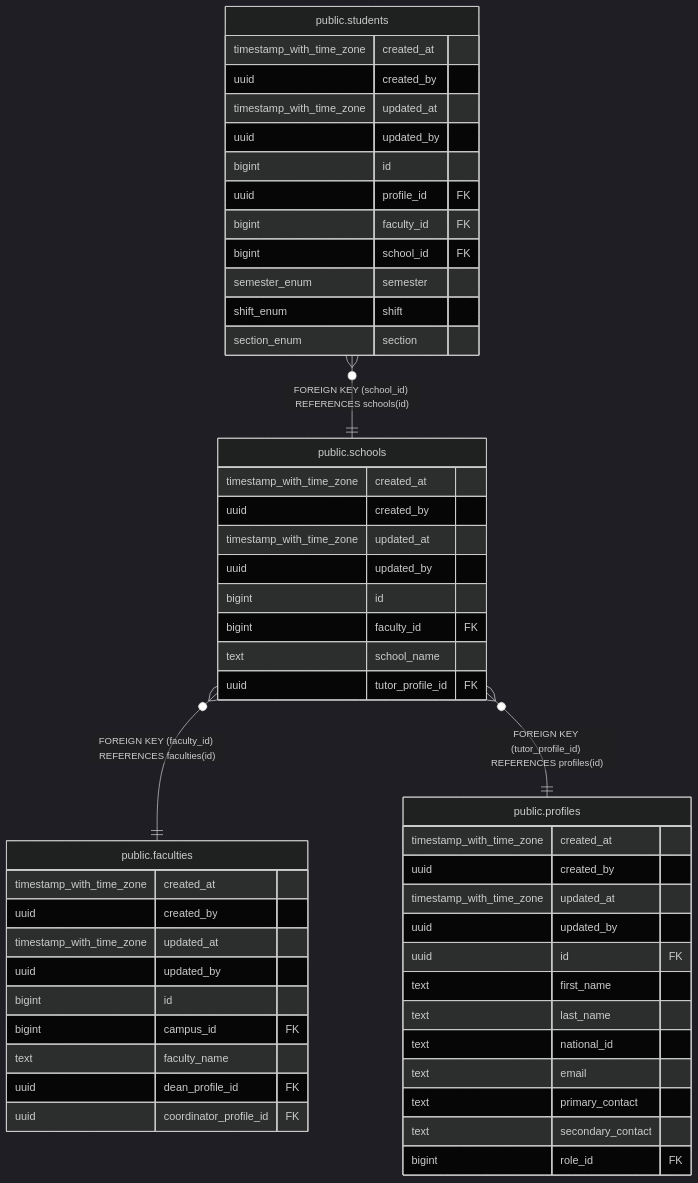
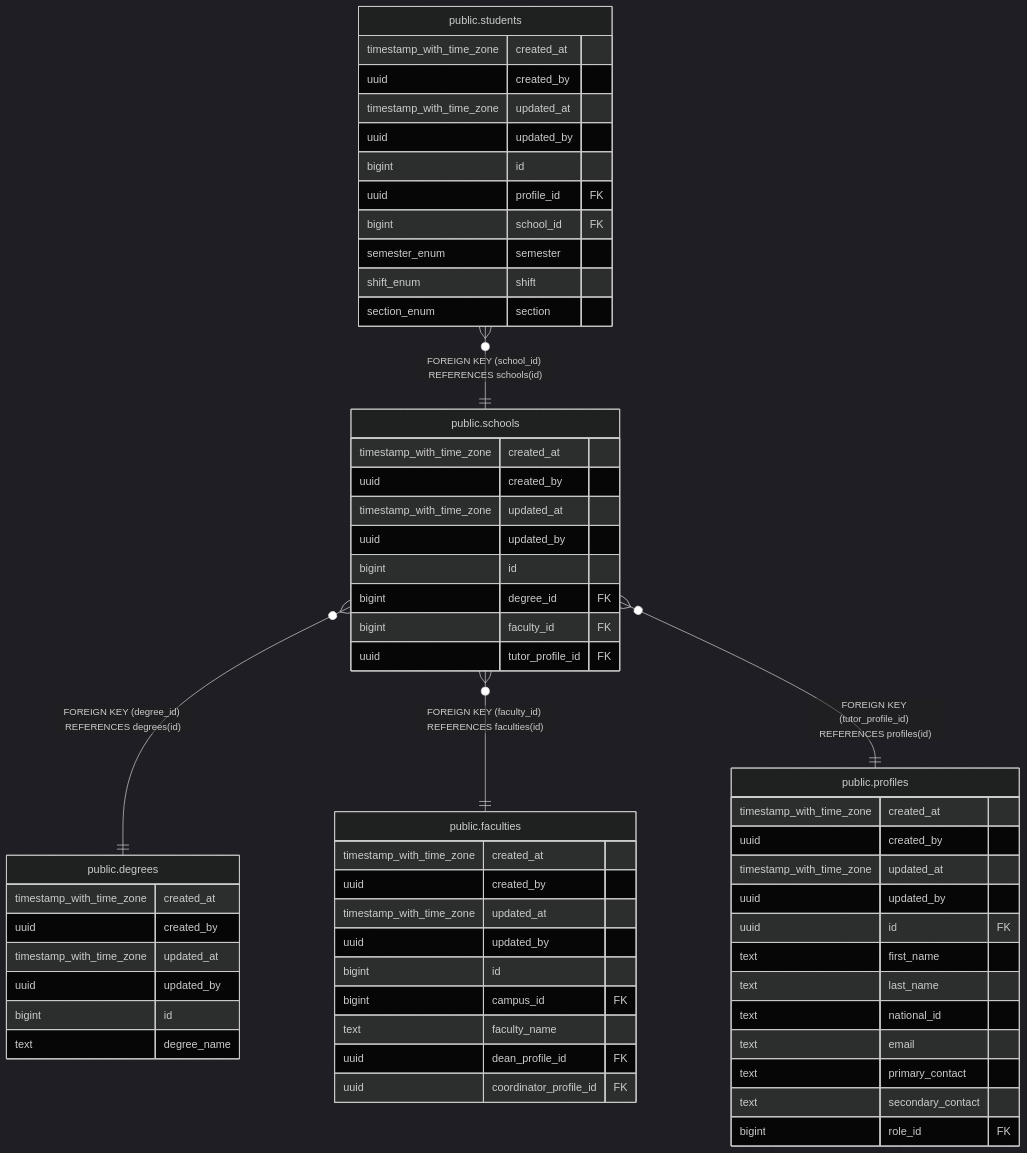
The diagram in docs/db/tbls/public.schools.md (icristianhernandez/academic-service-backend), drawn with Mermaid (dark theme) before and after one commit. The commit also changed other lines of this file and 16 other files, not shown here.

````diff
--- a/docs/db/tbls/public.schools.md
+++ b/docs/db/tbls/public.schools.md
@@ -43,56 +42,64 @@
 ```mermaid
 erDiagram
 
 "public.students" }o--|| "public.schools" : "FOREIGN KEY (school_id) REFERENCES schools(id)"
+"public.schools" }o--|| "public.degrees" : "FOREIGN KEY (degree_id) REFERENCES degrees(id)"
 "public.schools" }o--|| "public.faculties" : "FOREIGN KEY (faculty_id) REFERENCES faculties(id)"
 "public.schools" }o--|| "public.profiles" : "FOREIGN KEY (tutor_profile_id) REFERENCES profiles(id)"
 
 "public.schools" {
   timestamp_with_time_zone created_at ""
   uuid created_by ""
   timestamp_with_time_zone updated_at ""
   uuid updated_by ""
   bigint id ""
+  bigint degree_id FK ""
   bigint faculty_id FK ""
-  text school_name ""
   uuid tutor_profile_id FK ""
 }
 "public.students" {
   timestamp_with_time_zone created_at ""
   uuid created_by ""
   timestamp_with_time_zone updated_at ""
   uuid updated_by ""
   bigint id ""
   uuid profile_id FK ""
-  bigint faculty_id FK ""
   bigint school_id FK ""
   semester_enum semester ""
   shift_enum shift ""
   section_enum section ""
+}
+"public.degrees" {
+  timestamp_with_time_zone created_at ""
+  uuid created_by ""
+  timestamp_with_time_zone updated_at ""
+  uuid updated_by ""
+  bigint id ""
+  text degree_name ""
 }
 "public.faculties" {
   timestamp_with_time_zone created_at ""
   uuid created_by ""
   timestamp_with_time_zone updated_at ""
   uuid updated_by ""
   bigint id ""
   bigint campus_id FK ""
   text faculty_name ""
   uuid dean_profile_id FK ""
   uuid coordinator_profile_id FK ""
 }
 "public.profiles" {
   timestamp_with_time_zone created_at ""
   uuid created_by ""
   timestamp_with_time_zone updated_at ""
   uuid updated_by ""
   uuid id FK ""
   text first_name ""
   text last_name ""
   text national_id ""
   text email ""
   text primary_contact ""
   text secondary_contact ""
   bigint role_id FK ""
 }
 ```
````
